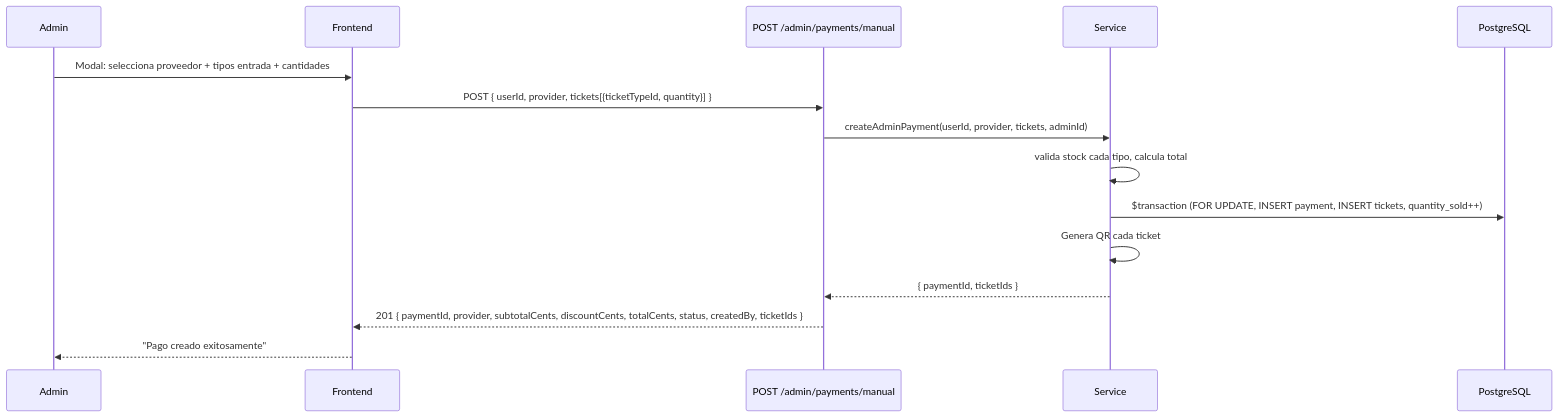
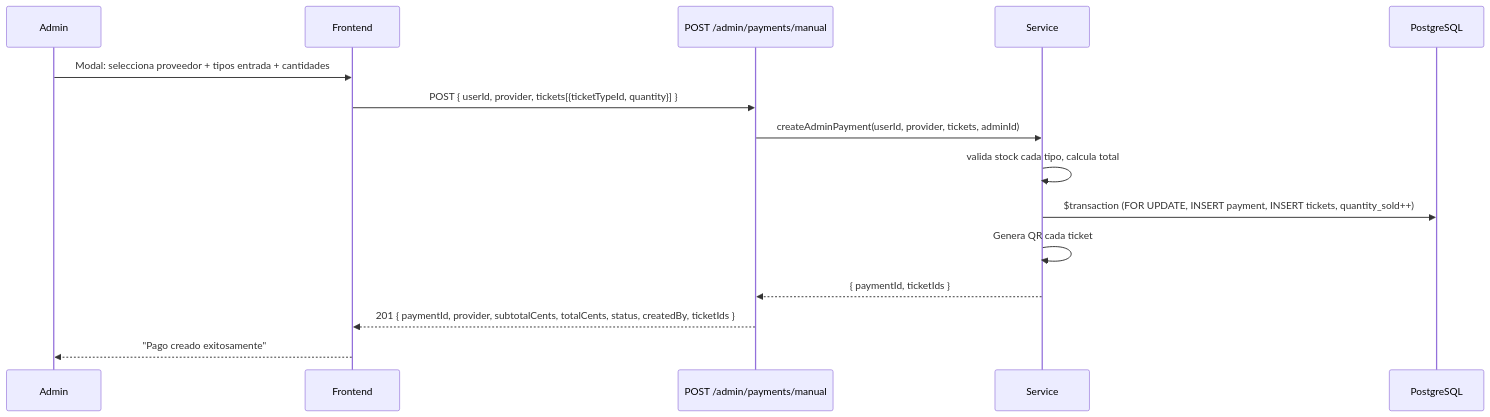
One commit to User281167/venta-de-tickets changed the fifth of 6 diagrams in backend/src/modules/admins/README.md. Above: the diagram before and after it, drawn with Mermaid. The commit also changed 28 other files, not shown here.

````diff
--- a/backend/src/modules/admins/README.md
+++ b/backend/src/modules/admins/README.md
@@ -188,18 +188,18 @@
 ```mermaid
 sequenceDiagram
     participant A as Admin
     participant FE as Frontend
     participant API as POST /admin/payments/manual
     participant S as Service
     participant DB as PostgreSQL
 
     A->>FE: Modal: selecciona proveedor + tipos entrada + cantidades
     FE->>API: POST { userId, provider, tickets[{ticketTypeId, quantity}] }
     API->>S: createAdminPayment(userId, provider, tickets, adminId)
     S->>S: valida stock cada tipo, calcula total
     S->>DB: $transaction (FOR UPDATE, INSERT payment, INSERT tickets, quantity_sold++)
     S->>S: Genera QR cada ticket
     S-->>API: { paymentId, ticketIds }
-    API-->>FE: 201 { paymentId, provider, subtotalCents, discountCents, totalCents, status, createdBy, ticketIds }
+    API-->>FE: 201 { paymentId, provider, subtotalCents, totalCents, status, createdBy, ticketIds }
     FE-->>A: "Pago creado exitosamente"
 ```
````
